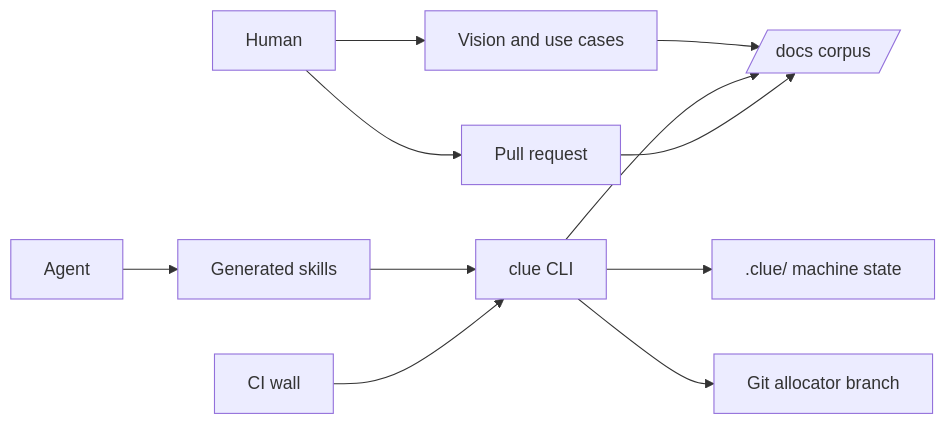
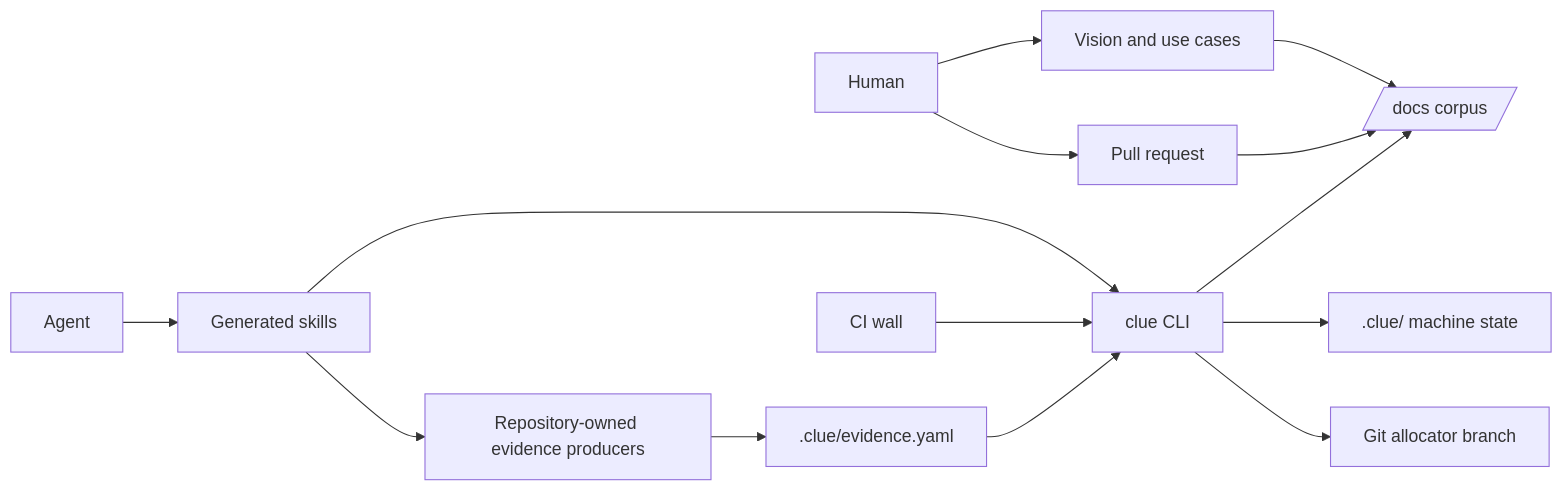
Before and after one commit to cliewen/cliewen: the diagram in docs/architecture/README.md, drawn with Mermaid. The commit also changed other lines of this file and 99 other files, not shown here.

Commit message:
CH-194 implement repository-owned framework-neutral evidence

````diff
--- a/docs/architecture/README.md
+++ b/docs/architecture/README.md
@@ -5,13 +5,16 @@
 ```mermaid
 flowchart LR
     Agent[Agent] --> Skills[Generated skills]
     Human --> Intent["Vision and use cases"]
     Intent --> Corpus
     Skills --> CLI[clue CLI]
+    Skills --> Producers[Repository-owned evidence producers]
+    Producers --> Evidence[".clue/evidence.yaml"]
+    Evidence --> CLI
     CLI --> Corpus[/docs corpus/]
     CLI --> State[".clue/ machine state"]
     CLI --> Allocator["Git allocator branch"]
     CI[CI wall] --> CLI
     Human[Human] --> PR[Pull request]
     PR --> Corpus
 ```
````
